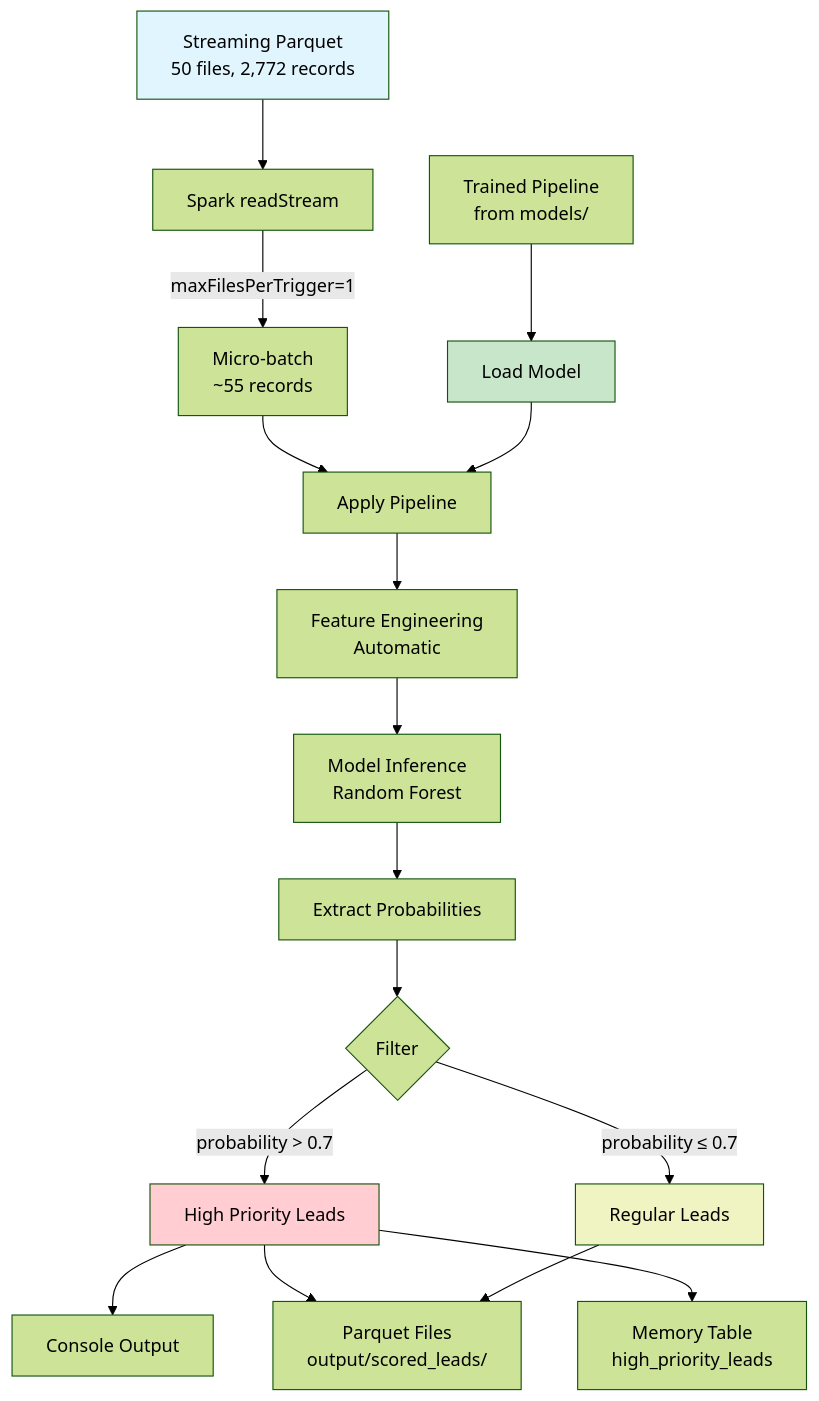
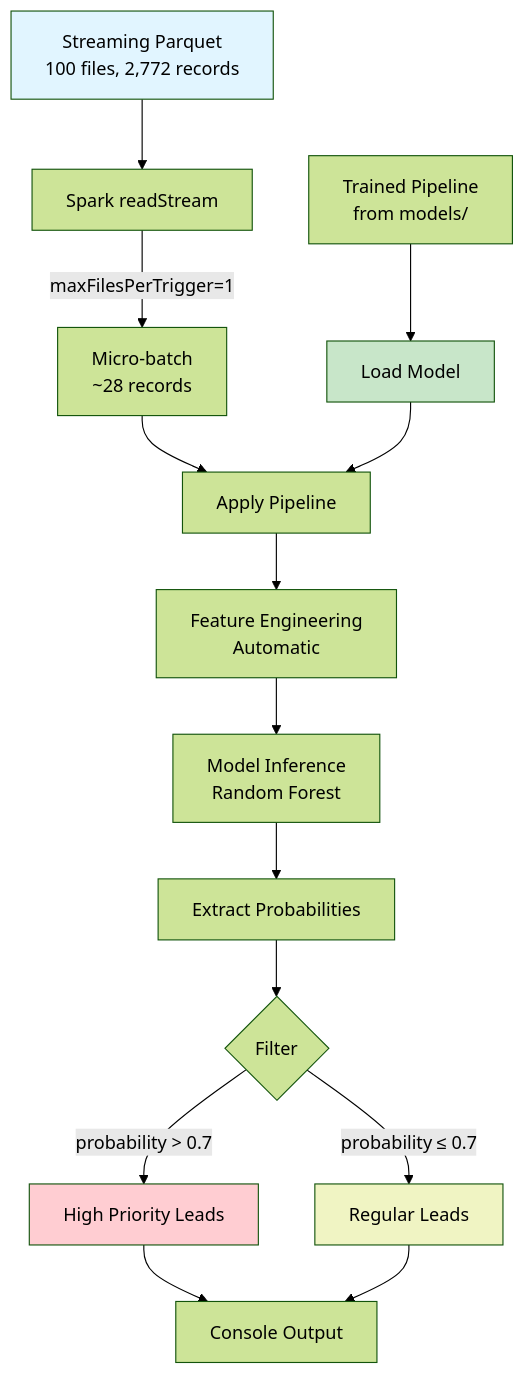
Before and after one commit to smiley-maker/realtime-lead-scoring: the third of 6 diagrams in docs/architecture.md, drawn with Mermaid (forest theme). The commit also changed other lines of this file and 4 other files, not shown here.

````diff
--- a/docs/architecture.md
+++ b/docs/architecture.md
@@ -132,29 +133,27 @@
 ```mermaid
 flowchart TD
-    A[Streaming Parquet<br/>50 files, 2,772 records] --> B[Spark readStream]
-    B -->|maxFilesPerTrigger=1| C[Micro-batch<br/>~55 records]
+    A[Streaming Parquet<br/>100 files, 2,772 records] --> B[Spark readStream]
+    B -->|maxFilesPerTrigger=1| C[Micro-batch<br/>~28 records]
     
     D[Trained Pipeline<br/>from models/] --> E[Load Model]
     
     C --> F[Apply Pipeline]
     E --> F
     
     F --> G[Feature Engineering<br/>Automatic]
     G --> H[Model Inference<br/>Random Forest]
     H --> I[Extract Probabilities]
     
     I --> J{Filter}
     J -->|probability > 0.7| K[High Priority Leads]
     J -->|probability ≤ 0.7| L[Regular Leads]
     
     K --> M[Console Output]
-    K --> N[Parquet Files<br/>output/scored_leads/]
-    K --> O[Memory Table<br/>high_priority_leads]
     
-    L --> N
+    L --> M
     
     style A fill:#e1f5ff
     style E fill:#c8e6c9
     style K fill:#ffcdd2
     style L fill:#f0f4c3
 ```
````
